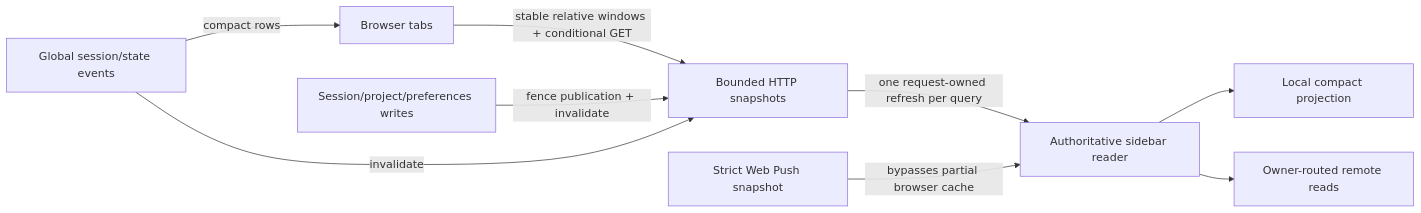
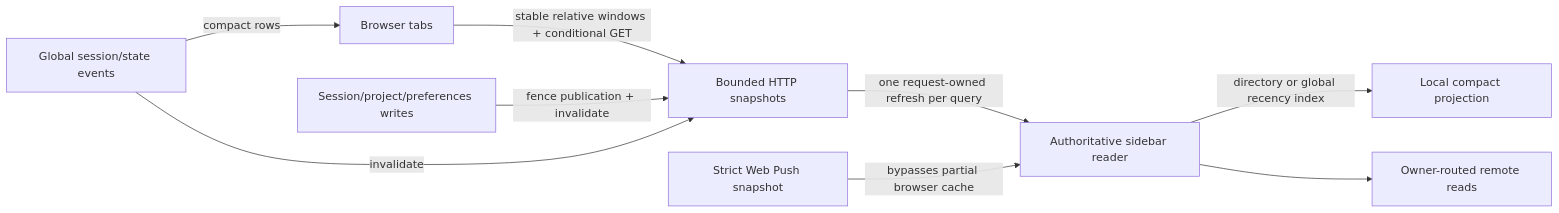
The tenth of 15 diagrams in docs/other/architecture.md (ocman/ocman), drawn with Mermaid before and after one commit. The commit also changed other lines of this file and 9 other files, not shown here.

Commit message:
perf(sidebar): seek directory pages without scanning global history

````diff
--- a/docs/other/architecture.md
+++ b/docs/other/architecture.md
@@ -1391,11 +1391,11 @@
 ```mermaid
 flowchart LR
     Tabs[Browser tabs] -->|stable relative windows + conditional GET| Snapshots[Bounded HTTP snapshots]
     Snapshots -->|one request-owned refresh per query| Sidebar[Authoritative sidebar reader]
-    Sidebar --> Local[Local compact projection]
+    Sidebar -->|directory or global recency index| Local[Local compact projection]
     Sidebar --> Remotes[Owner-routed remote reads]
     Mutations[Session/project/preferences writes] -->|fence publication + invalidate| Snapshots
     Events[Global session/state events] -->|invalidate| Snapshots
     Events -->|compact rows| Tabs
     Push[Strict Web Push snapshot] -->|bypasses partial browser cache| Sidebar
 ```
````
